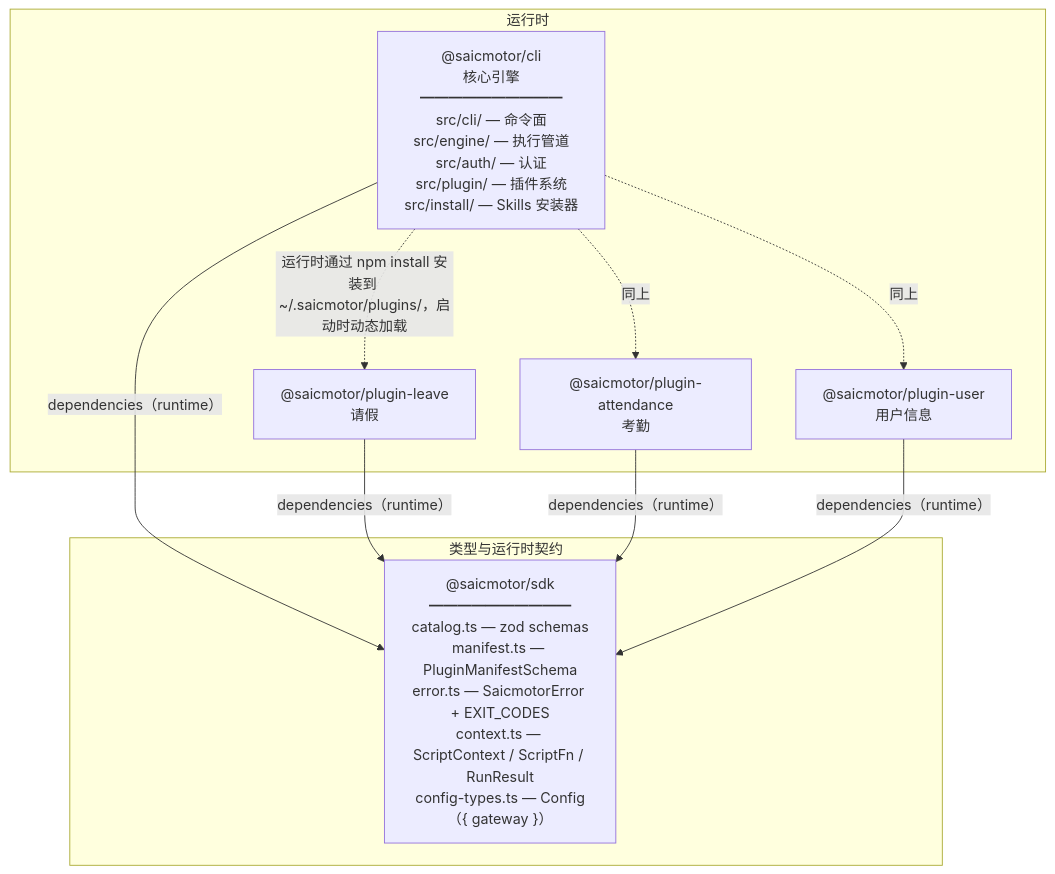
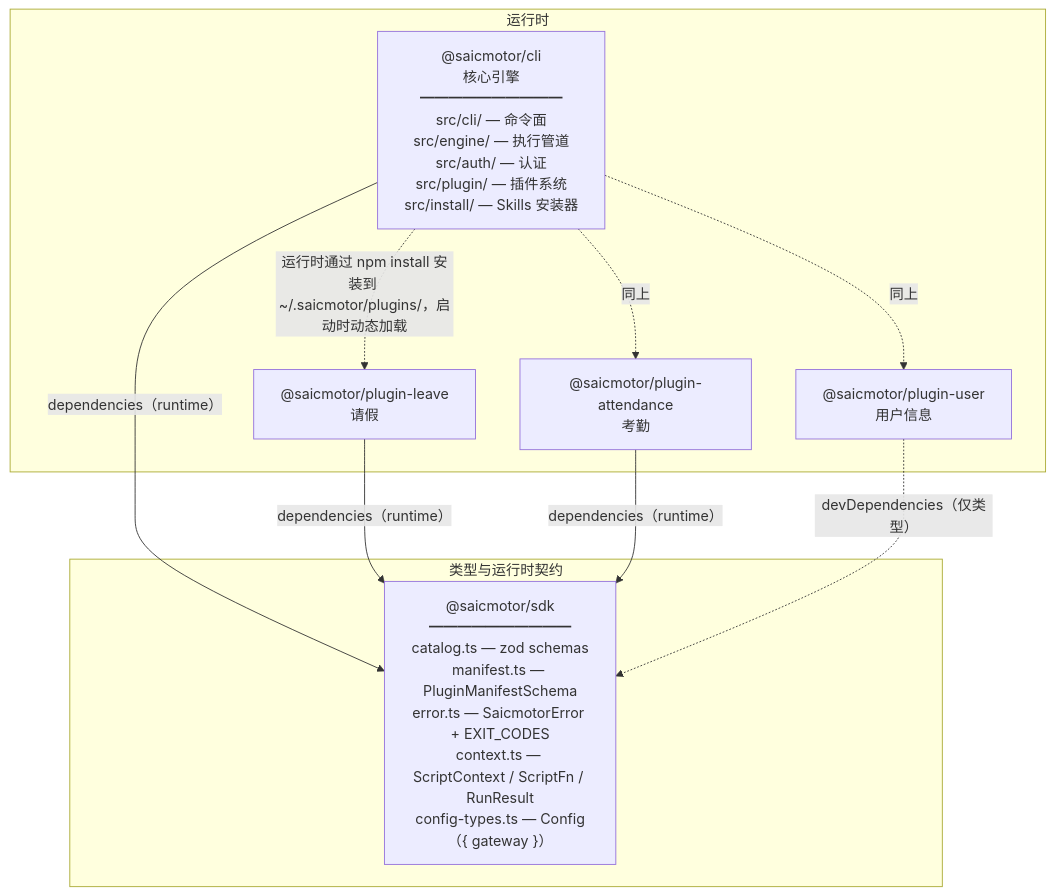
One commit to a5535772/saicmotor-cli changed the second of 5 diagrams in howto/framework-v2/02-architecture.md. Above: the diagram before and after it, drawn with Mermaid. The commit also changed other lines of this file, not shown here.

Commit message:
docs: fix plugin-user dependency type — devDependencies not dependencies

````diff
--- a/howto/framework-v2/02-architecture.md
+++ b/howto/framework-v2/02-architecture.md
@@ -103,21 +103,21 @@
 ```mermaid
 flowchart TB
     subgraph "类型与运行时契约"
         SDK["@saicmotor/sdk<br/>━━━━━━━━━━<br/>catalog.ts — zod schemas<br/>manifest.ts — PluginManifestSchema<br/>error.ts — SaicmotorError + EXIT_CODES<br/>context.ts — ScriptContext / ScriptFn / RunResult<br/>config-types.ts — Config（{ gateway }）"]
     end
 
     subgraph "运行时"
         CLI["@saicmotor/cli<br/>核心引擎<br/>━━━━━━━━━━<br/>src/cli/ — 命令面<br/>src/engine/ — 执行管道<br/>src/auth/ — 认证<br/>src/plugin/ — 插件系统<br/>src/install/ — Skills 安装器"]
         P1["@saicmotor/plugin-leave<br/>请假"]
         P2["@saicmotor/plugin-attendance<br/>考勤"]
         P3["@saicmotor/plugin-user<br/>用户信息"]
     end
 
     CLI -->|"dependencies（runtime）"| SDK
     P1 -->|"dependencies（runtime）"| SDK
     P2 -->|"dependencies（runtime）"| SDK
-    P3 -->|"dependencies（runtime）"| SDK
+    P3 -.->|"devDependencies（仅类型）"| SDK
     CLI -.->|"运行时通过 npm install 安装到 ~/.saicmotor/plugins/，启动时动态加载"| P1
     CLI -.->|"同上"| P2
     CLI -.->|"同上"| P3
 ```
````
